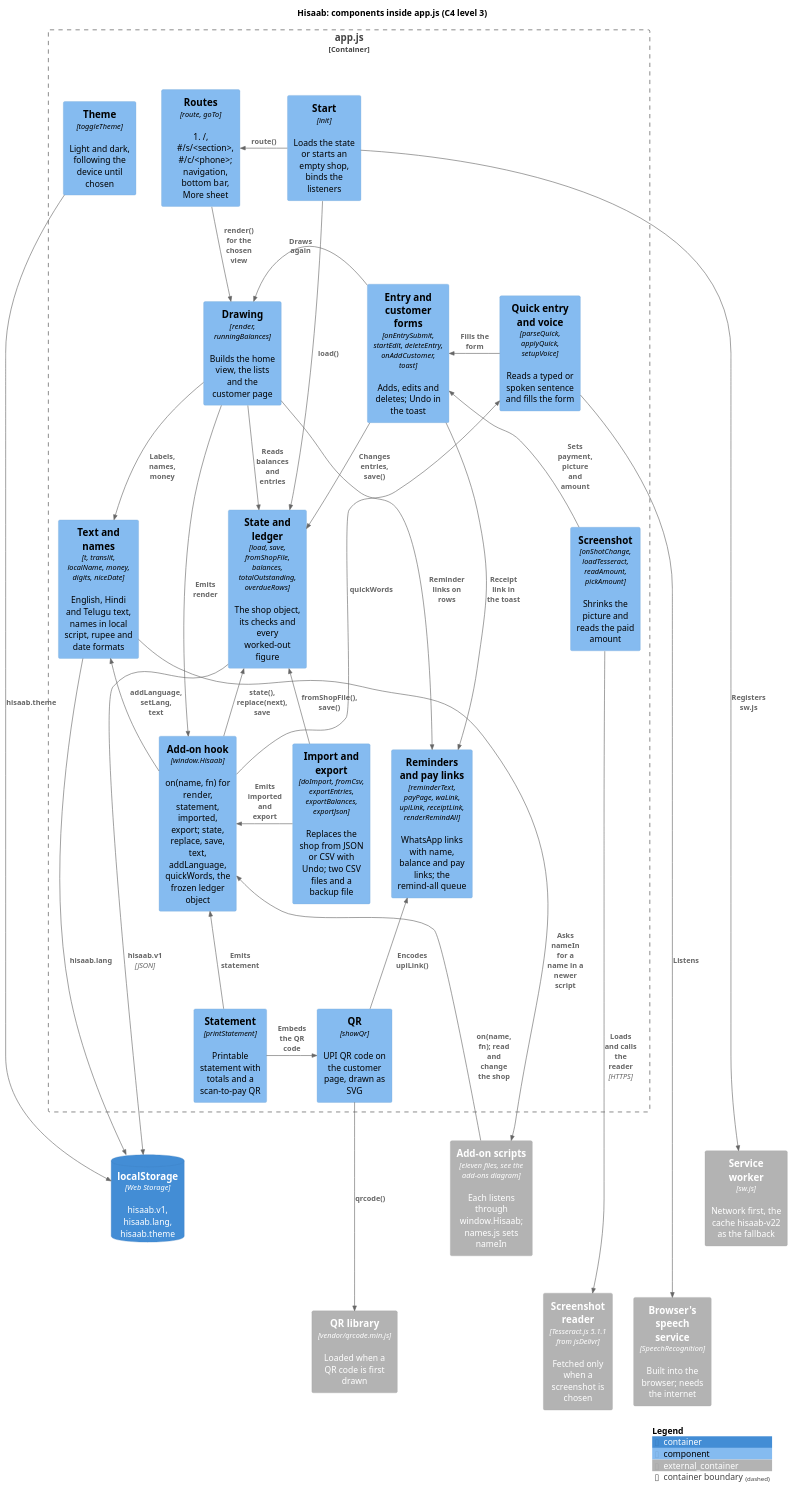
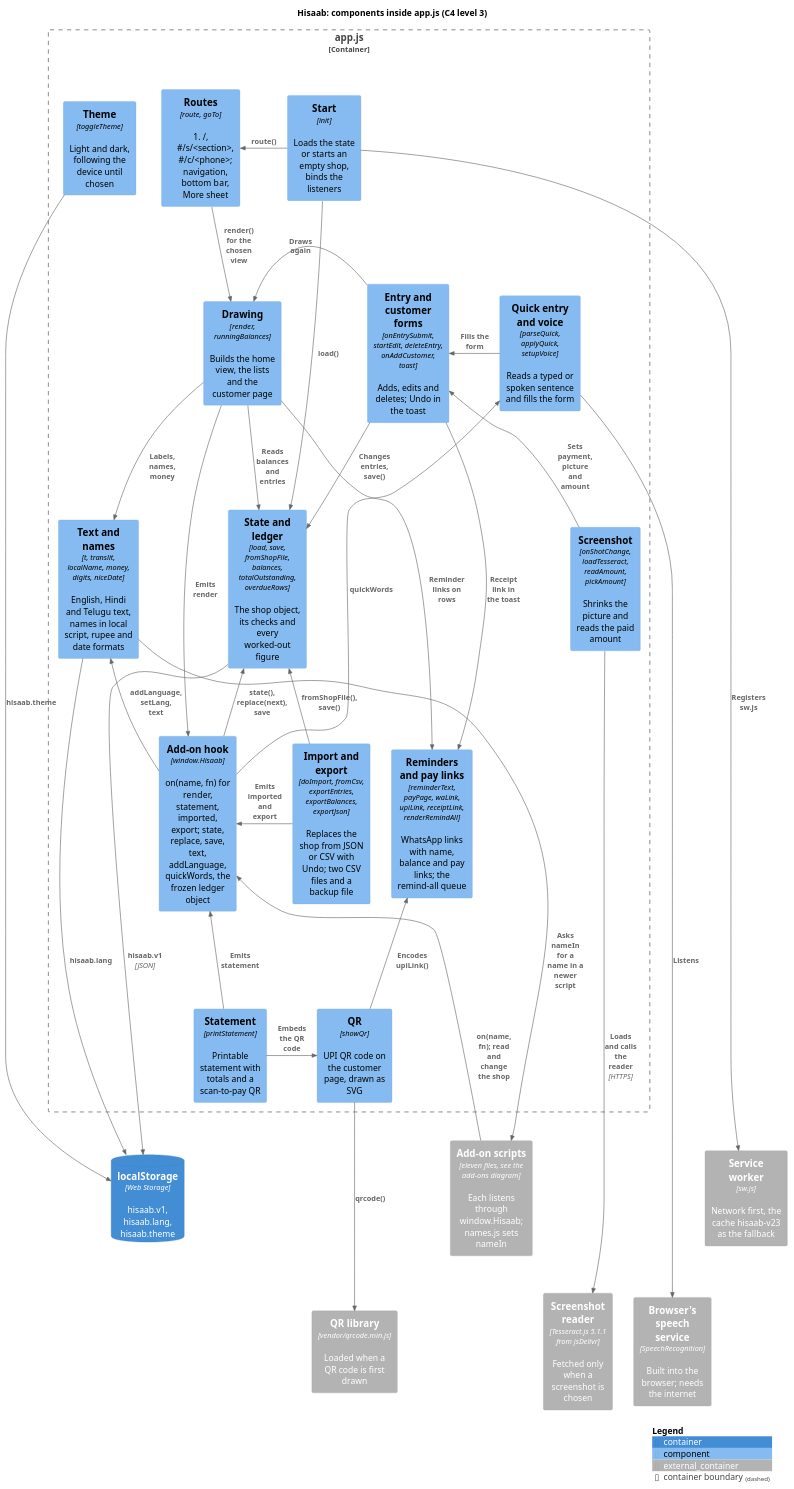
Before and after one commit to karwasanjay007/hisaab-docs: the diagram in docs/diagrams/c4-component.puml, drawn with PlantUML. The commit also changed 25 other files, not shown here.

First line of the commit message:
Version 1.5.2.2: the wider desktop panel, cache hisaab-v23; change log; live results

```diff
--- a/docs/diagrams/c4-component.puml
+++ b/docs/diagrams/c4-component.puml
@@ -1,86 +1,86 @@
 @startuml c4-component
 !include <C4/C4_Component>
 title Hisaab: components inside app.js (C4 level 3)
 
 skinparam wrapWidth 115
 skinparam maxMessageSize 60
 
 Container_Boundary(app, "app.js") {
   Component(init, "Start", "init", "Loads the state or starts an empty shop, binds the listeners")
   Component(router, "Routes", "route, goTo", "#/, #/s/<section>, #/c/<phone>; navigation, bottom bar, More sheet")
   Component(theme, "Theme", "toggleTheme", "Light and dark, following the device until chosen")
 
   Component(render, "Drawing", "render, runningBalances", "Builds the home view, the lists and the customer page")
   Component(form, "Entry and customer forms", "onEntrySubmit, startEdit, deleteEntry, onAddCustomer, toast", "Adds, edits and deletes; Undo in the toast")
   Component(quick, "Quick entry and voice", "parseQuick, applyQuick, setupVoice", "Reads a typed or spoken sentence and fills the form")
   Component(shot, "Screenshot", "onShotChange, loadTesseract, readAmount, pickAmount", "Shrinks the picture and reads the paid amount")
 
   Component(store, "State and ledger", "load, save, fromShopFile, balances, totalOutstanding, overdueRows", "The shop object, its checks and every worked-out figure")
   Component(i18n, "Text and names", "t, translit, localName, money, digits, niceDate", "English, Hindi and Telugu text, names in local script, rupee and date formats")
   Component(remind, "Reminders and pay links", "reminderText, payPage, waLink, upiLink, receiptLink, renderRemindAll", "WhatsApp links with name, balance and pay links; the remind-all queue")
   Component(io, "Import and export", "doImport, fromCsv, exportEntries, exportBalances, exportJson", "Replaces the shop from JSON or CSV with Undo; two CSV files and a backup file")
 
   Component(stmt, "Statement", "printStatement", "Printable statement with totals and a scan-to-pay QR")
   Component(qr, "QR", "showQr", "UPI QR code on the customer page, drawn as SVG")
   Component(hook, "Add-on hook", "window.Hisaab", "on(name, fn) for render, statement, imported, export; state, replace, save, text, addLanguage, quickWords, the frozen ledger object")
 }
 
 ContainerDb(ls, "localStorage", "Web Storage", "hisaab.v1, hisaab.lang, hisaab.theme")
 Container_Ext(addons, "Add-on scripts", "eleven files, see the add-ons diagram", "Each listens through window.Hisaab; names.js sets nameIn")
 Container_Ext(qrlib, "QR library", "vendor/qrcode.min.js", "Loaded when a QR code is first drawn")
 Container_Ext(reader, "Screenshot reader", "Tesseract.js 5.1.1 from jsDelivr", "Fetched only when a screenshot is chosen")
 Container_Ext(speechapi, "Browser's speech service", "SpeechRecognition", "Built into the browser; needs the internet")
-Container_Ext(swc, "Service worker", "sw.js", "Network first, the cache hisaab-v22 as the fallback")
+Container_Ext(swc, "Service worker", "sw.js", "Network first, the cache hisaab-v23 as the fallback")
 
 Lay_R(init, router)
 Lay_R(router, theme)
 Lay_D(init, render)
 Lay_R(render, form)
 Lay_R(form, quick)
 Lay_D(render, store)
 Lay_R(store, i18n)
 Lay_R(i18n, shot)
 Lay_D(store, remind)
 Lay_R(remind, io)
 Lay_R(io, hook)
 Lay_D(remind, stmt)
 Lay_R(stmt, qr)
 Lay_D(stmt, ls)
 Lay_R(ls, addons)
 Lay_R(addons, swc)
 Lay_D(ls, qrlib)
 Lay_R(qrlib, reader)
 Lay_R(reader, speechapi)
 
 Rel_D(init, store, "load()")
 Rel_R(init, router, "route()")
 Rel_D(init, swc, "Registers sw.js")
 Rel_D(router, render, "render() for the chosen view")
 Rel_D(render, store, "Reads balances and entries")
 Rel_D(render, i18n, "Labels, names, money")
 Rel_D(render, remind, "Reminder links on rows")
 Rel_D(form, store, "Changes entries, save()")
 Rel_L(form, render, "Draws again")
 Rel_D(form, remind, "Receipt link in the toast")
 Rel_L(quick, form, "Fills the form")
 Rel_D(quick, speechapi, "Listens")
 Rel_U(shot, form, "Sets payment, picture and amount")
 Rel_D(shot, reader, "Loads and calls the reader", "HTTPS")
 Rel_U(io, store, "fromShopFile(), save()")
 Rel_R(stmt, qr, "Embeds the QR code")
 Rel_U(qr, remind, "Encodes upiLink()")
 Rel_D(qr, qrlib, "qrcode()")
 Rel_D(store, ls, "hisaab.v1", "JSON")
 Rel_D(theme, ls, "hisaab.theme")
 Rel_D(i18n, ls, "hisaab.lang")
 Rel_D(render, hook, "Emits render")
 Rel_U(stmt, hook, "Emits statement")
 Rel_R(io, hook, "Emits imported and export")
 Rel_U(hook, store, "state(), replace(next), save")
 Rel_U(hook, i18n, "addLanguage, setLang, text")
 Rel_U(hook, quick, "quickWords")
 Rel_U(addons, hook, "on(name, fn); read and change the shop")
 Rel_D(i18n, addons, "Asks nameIn for a name in a newer script")
 
 SHOW_LEGEND()
 @enduml
```
